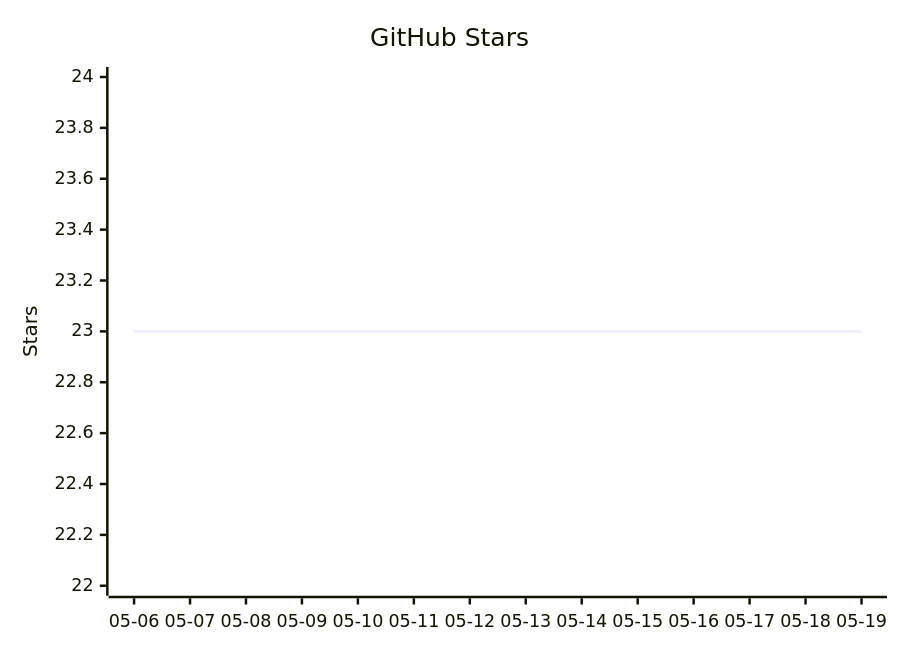
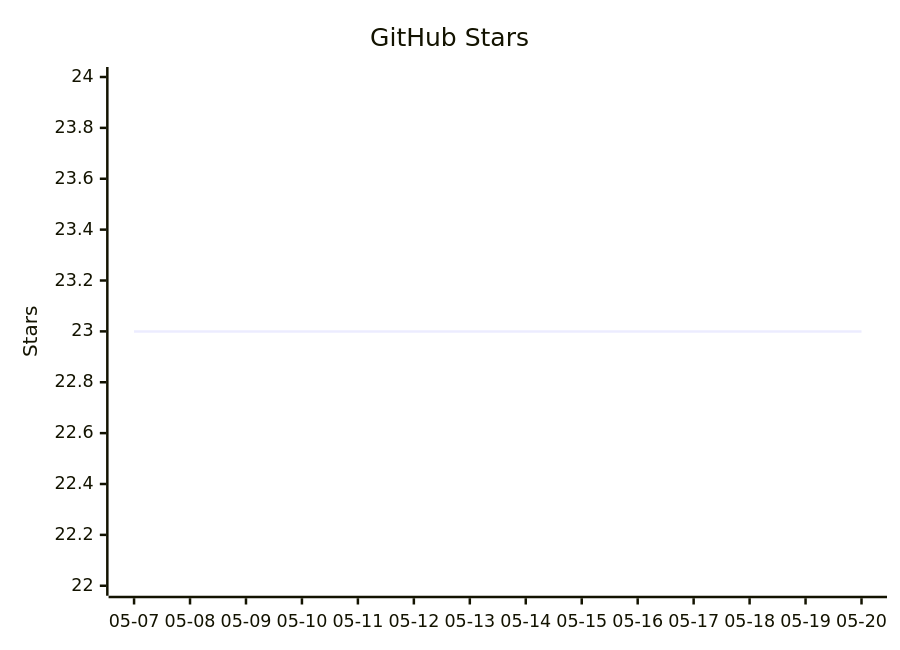
Before and after one commit to vectie/moonclaw: the diagram in README.mbt.md, drawn with Mermaid. The commit also changed other lines of this file and 1 other file, not shown here.

Commit message:
Update README star growth

````diff
--- a/README.mbt.md
+++ b/README.mbt.md
@@ -489,7 +489,7 @@
 ```mermaid
 xychart-beta
     title "GitHub Stars"
-    x-axis ["05-06","05-07","05-08","05-09","05-10","05-11","05-12","05-13","05-14","05-15","05-16","05-17","05-18","05-19"]
+    x-axis ["05-07","05-08","05-09","05-10","05-11","05-12","05-13","05-14","05-15","05-16","05-17","05-18","05-19","05-20"]
     y-axis "Stars" 22 --> 24
     line [23,23,23,23,23,23,23,23,23,23,23,23,23,23]
 ```
````
